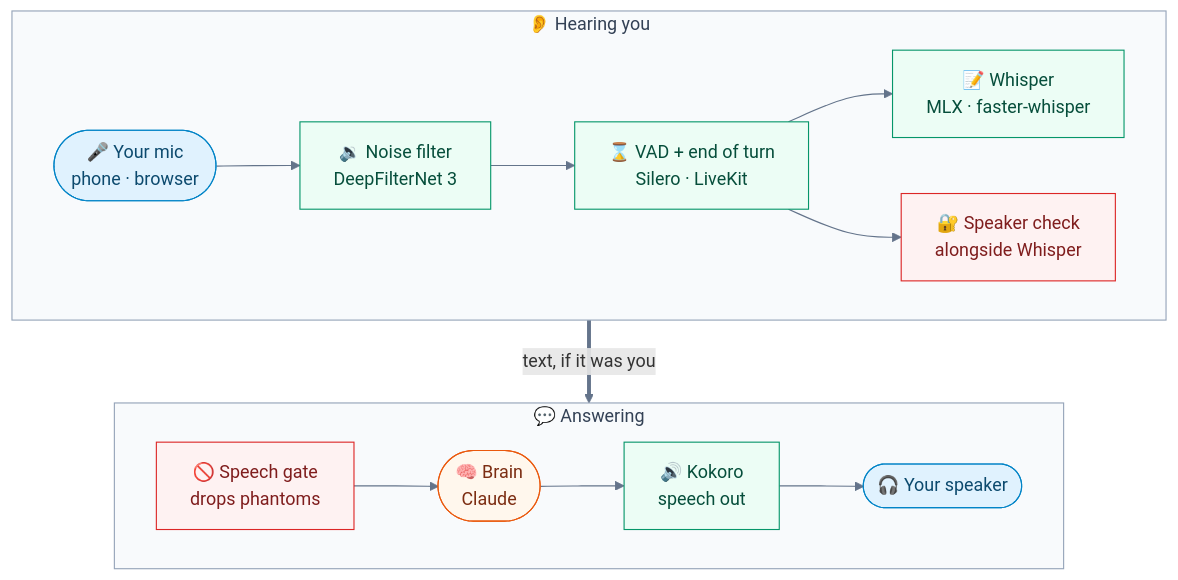
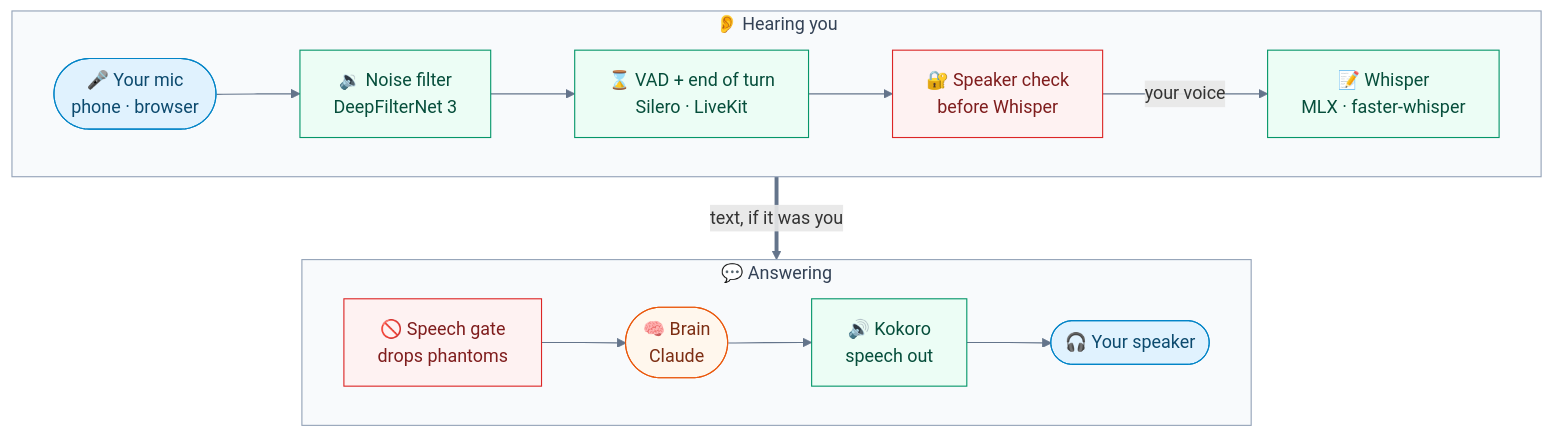
One commit to anilkumarmeena/alfred changed the diagram in docs/voice.md. Above: the diagram before and after it, drawn with Mermaid. The commit also changed other lines of this file and 34 other files, not shown here.

````diff
--- a/docs/voice.md
+++ b/docs/voice.md
@@ -17,31 +17,31 @@
 ```mermaid
 flowchart TB
     subgraph Hear["👂 Hearing you"]
         direction LR
         Mic(["🎤 Your mic<br/>phone · browser"]) --> NF["🔉 Noise filter<br/>DeepFilterNet 3"]
         NF --> VAD["⌛ VAD + end of turn<br/>Silero · LiveKit"]
-        VAD --> STT["📝 Whisper<br/>MLX · faster-whisper"]
-        VAD --> Spk["🔐 Speaker check<br/>alongside Whisper"]
+        VAD --> Spk["🔐 Speaker check<br/>before Whisper"]
+        Spk -->|"your voice"| STT["📝 Whisper<br/>MLX · faster-whisper"]
     end
 
     subgraph Answer["💬 Answering"]
         direction LR
         Gate["🚫 Speech gate<br/>drops phantoms"] --> Brain(["🧠 Brain<br/>Claude"])
         Brain --> TTS["🔊 Kokoro<br/>speech out"]
         TTS --> Out(["🎧 Your speaker"])
     end
 
     Hear ==>|"text, if it was you"| Answer
 
     classDef you fill:#e0f2fe,stroke:#0284c7,color:#0c4a6e
     classDef mac fill:#ecfdf5,stroke:#059669,color:#064e3b
     classDef cloud fill:#fff7ed,stroke:#ea580c,color:#7c2d12
     classDef warn fill:#fef2f2,stroke:#dc2626,color:#7f1d1d
     class Mic,Out you
     class NF,VAD,STT,TTS mac
     class Gate,Spk warn
     class Brain cloud
     style Hear fill:#f8fafc,stroke:#94a3b8,color:#334155
     style Answer fill:#f8fafc,stroke:#94a3b8,color:#334155
     linkStyle default stroke:#64748b
 ```
````
